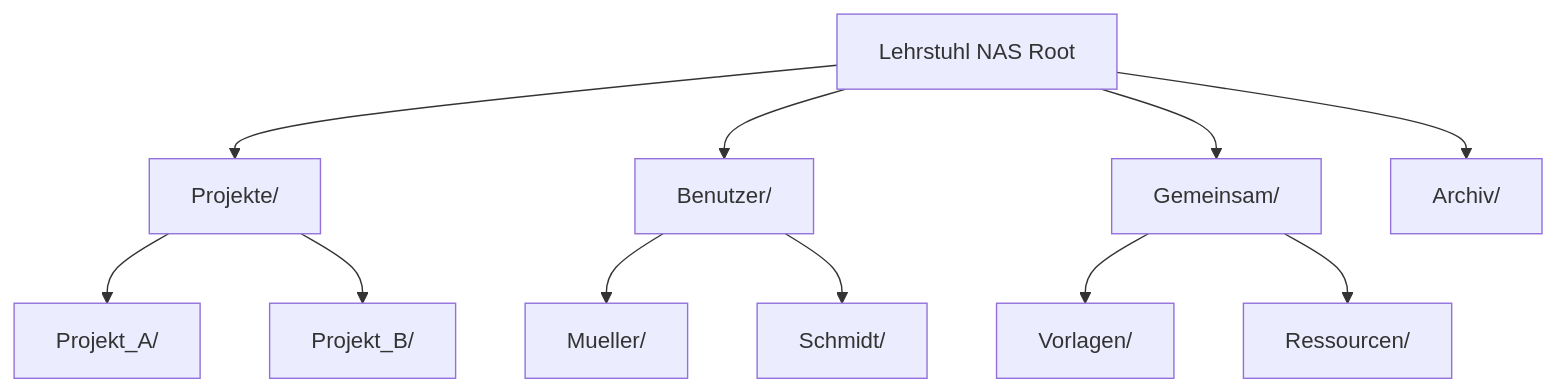
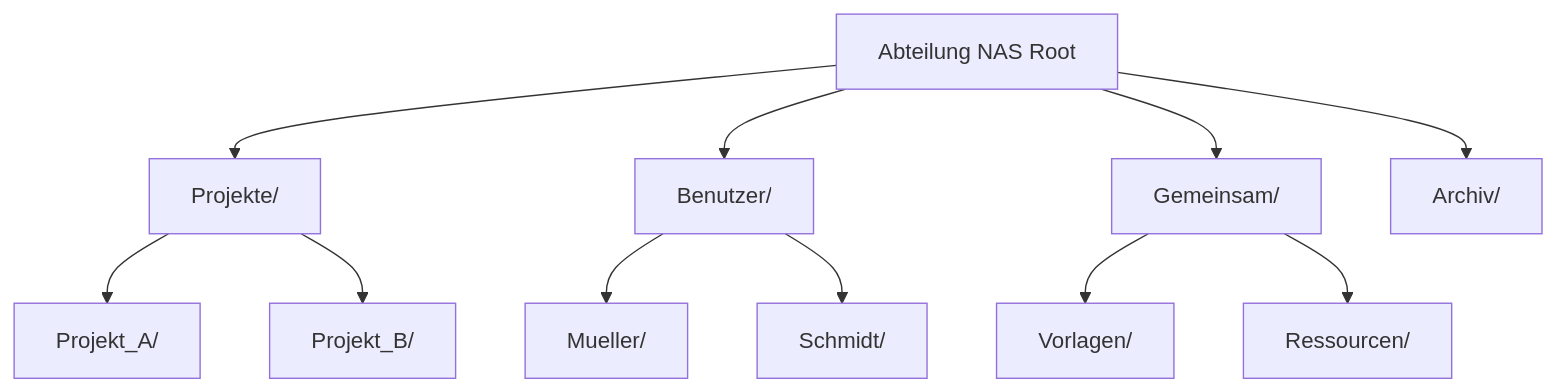
Before and after one commit to jtimo/tum-ito-admin-guide: the fifth of 5 diagrams in de/chapters/06-speicher-backup.qmd, drawn with Mermaid. The commit also changed other lines of this file and 21 other files, not shown here.

````diff
--- a/de/chapters/06-speicher-backup.qmd
+++ b/de/chapters/06-speicher-backup.qmd
@@ -206,18 +210,18 @@
 ```{mermaid}
 %%| fig-cap: "Empfohlene Ordnerstruktur"
 flowchart TB
-    Root["Lehrstuhl NAS Root"]
+    Root["Abteilung NAS Root"]
     Root --> Projects["Projekte/"]
     Root --> Users["Benutzer/"]
     Root --> Shared["Gemeinsam/"]
     Root --> Archive["Archiv/"]
 
     Projects --> P1["Projekt_A/"]
     Projects --> P2["Projekt_B/"]
 
     Users --> U1["Mueller/"]
     Users --> U2["Schmidt/"]
 
     Shared --> Templates["Vorlagen/"]
     Shared --> Resources["Ressourcen/"]
 ```
````
